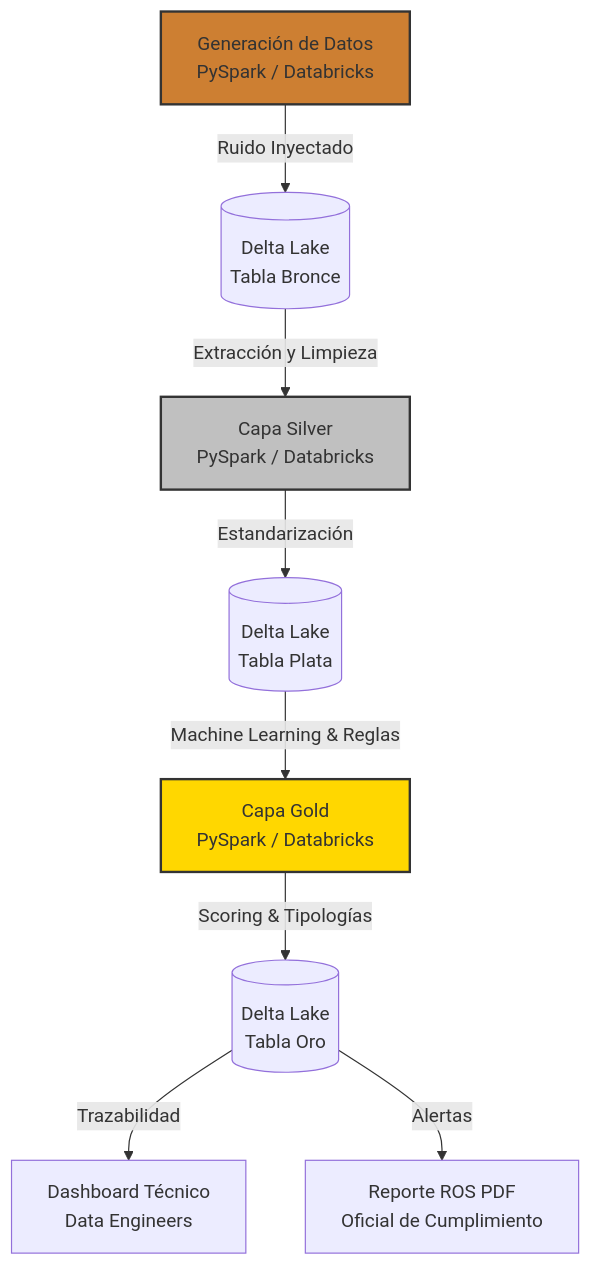
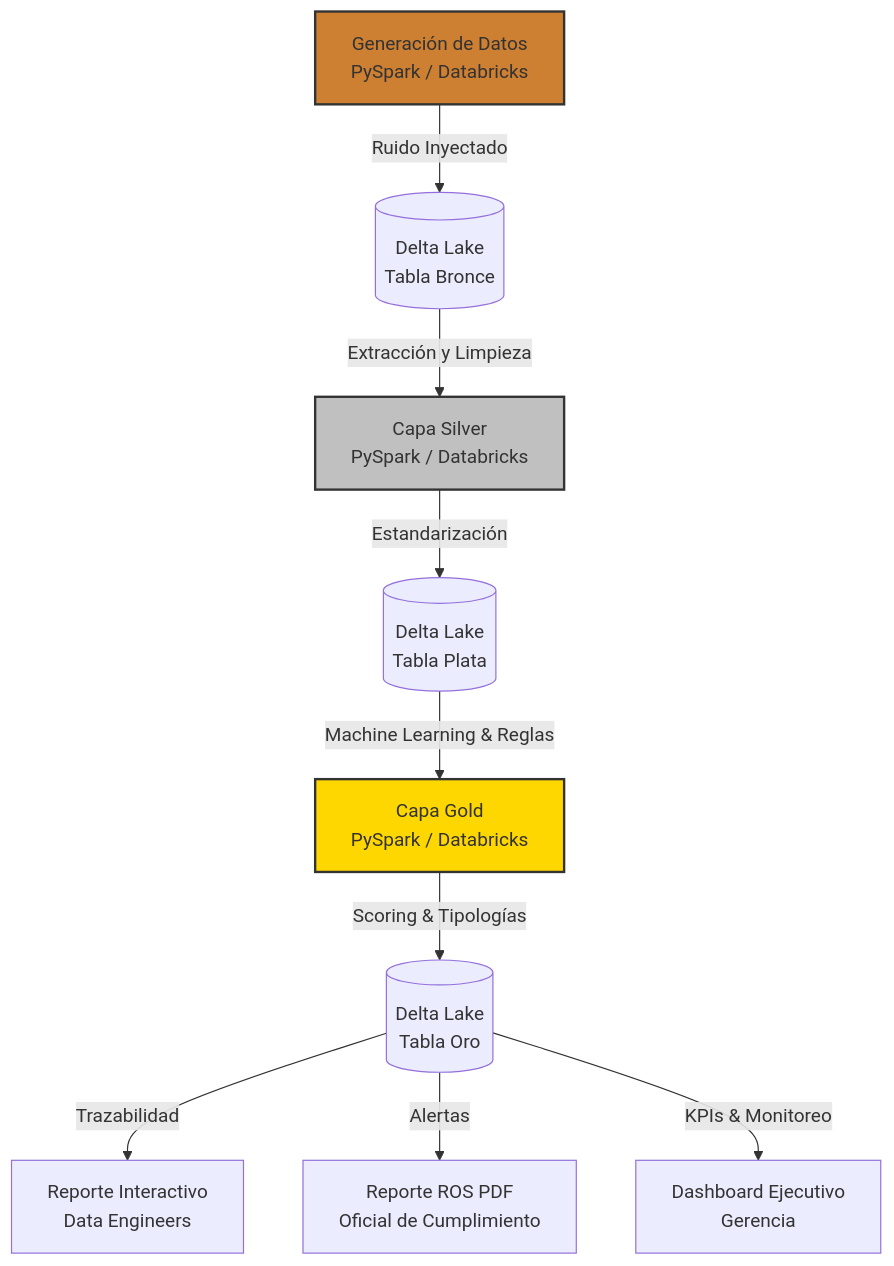
One commit to robertpid/end-to-end-aml-pipeline changed the diagram in README.md. Above: the diagram before and after it, drawn with Mermaid.

Commit message:
Docs: Update diagram with executive dashboard and correct data engineer report name

````diff
--- a/README.md
+++ b/README.md
@@ -9,14 +9,15 @@
 ```mermaid
 graph TD
     A[Generación de Datos<br>PySpark / Databricks] -->|Ruido Inyectado| B[(Delta Lake<br>Tabla Bronce)]
     B -->|Extracción y Limpieza| C[Capa Silver<br>PySpark / Databricks]
     C -->|Estandarización| D[(Delta Lake<br>Tabla Plata)]
     D -->|Machine Learning & Reglas| E[Capa Gold<br>PySpark / Databricks]
     E -->|Scoring & Tipologías| F[(Delta Lake<br>Tabla Oro)]
-    F -->|Trazabilidad| G[Dashboard Técnico<br>Data Engineers]
+    F -->|Trazabilidad| G[Reporte Interactivo<br>Data Engineers]
     F -->|Alertas| H[Reporte ROS PDF<br>Oficial de Cumplimiento]
+    F -->|KPIs & Monitoreo| I[Dashboard Ejecutivo<br>Gerencia]
     
     style A fill:#cd7f32,stroke:#333,stroke-width:2px
     style C fill:#c0c0c0,stroke:#333,stroke-width:2px
     style E fill:#ffd700,stroke:#333,stroke-width:2px
 ```
````
